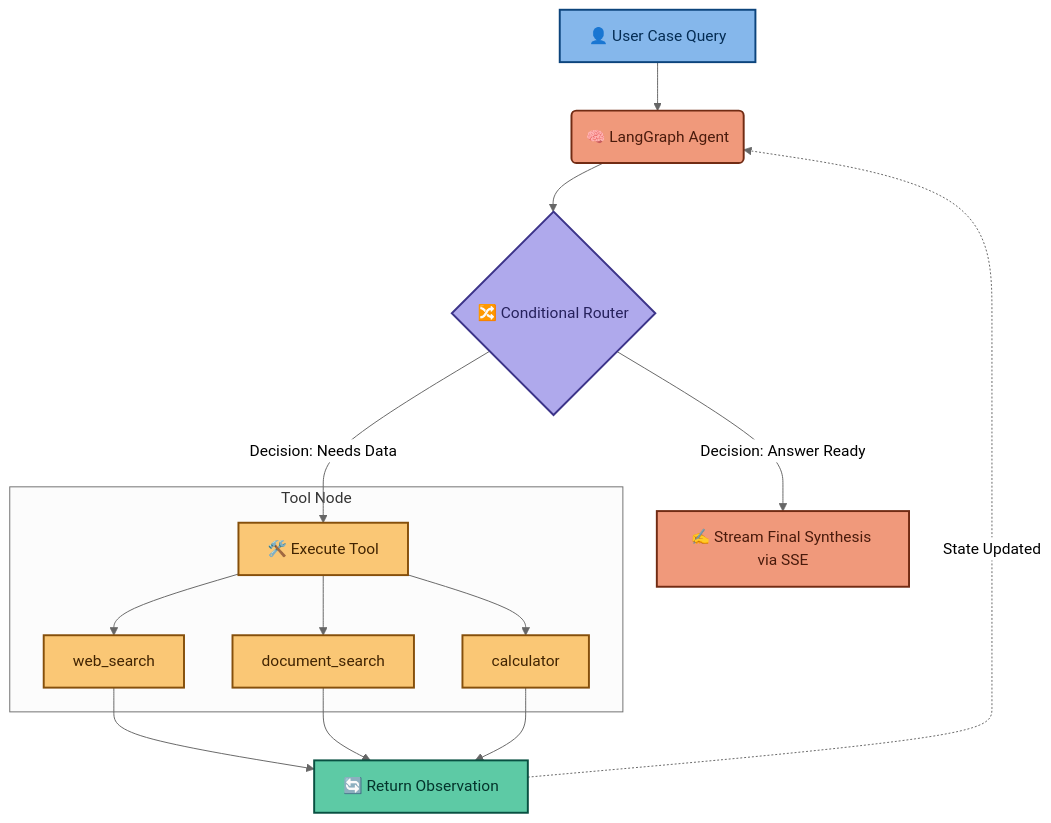
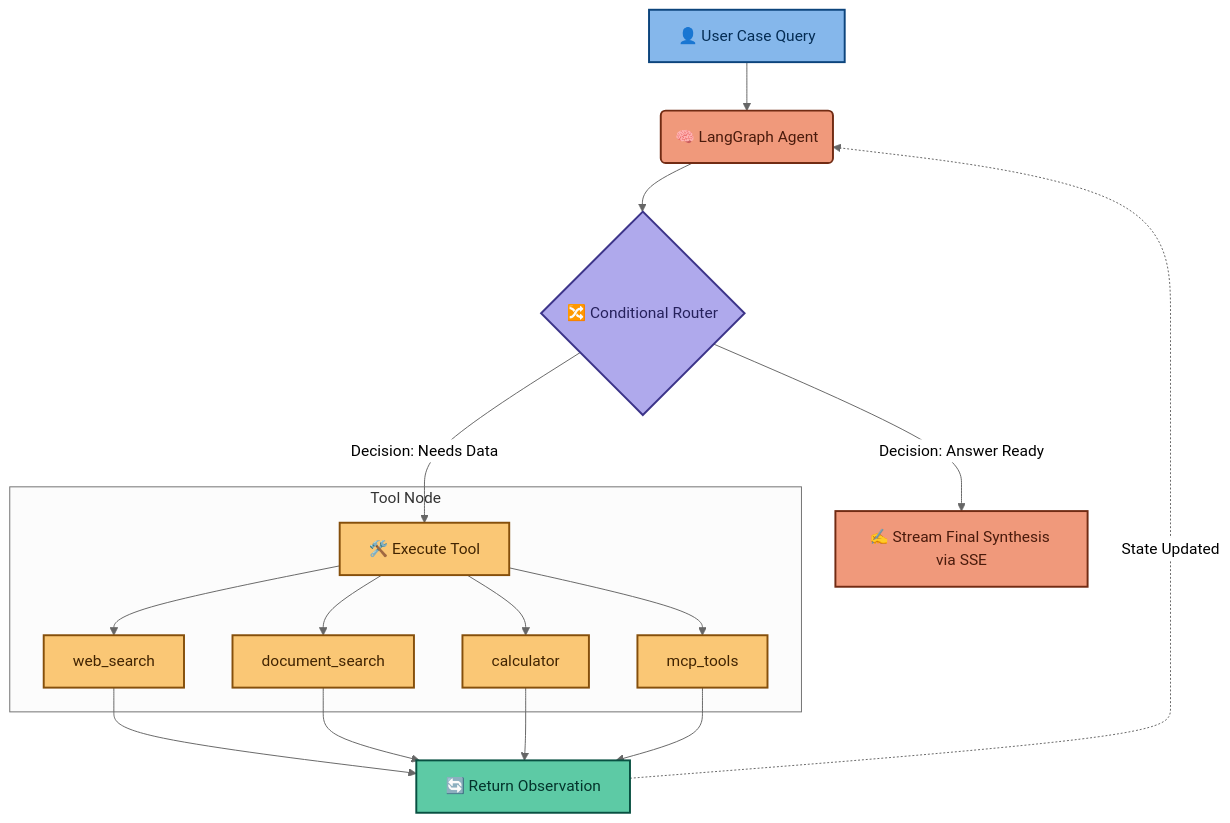
Before and after one commit to RAJ-ARYAN-NITK/bakerStreet221B.ai: the first of 2 diagrams in README.md, drawn with Mermaid (neutral theme). The commit also changed other lines of this file and 16 other files, not shown here.

Commit message:
integrate MCP server for police database and forensics evidence analysis into agent tools

````diff
--- a/README.md
+++ b/README.md
@@ -34,35 +34,37 @@
 ```mermaid
 graph TD
     A[👤 User Case Query] --> B(🧠 LangGraph Agent)
     
     B --> C{🔀 Conditional Router}
     
     C -->|Decision: Needs Data| D[🛠️ Execute Tool]
     
     subgraph Tool Node
         D --> E[web_search]
         D --> F[document_search]
         D --> G[calculator]
+        D --> J[mcp_tools]
     end
     
     E --> H[🔄 Return Observation]
     F --> H
     G --> H
+    J --> H
     
     H -.->|State Updated| B
     
     C -->|Decision: Answer Ready| I[✍️ Stream Final Synthesis via SSE]
 
     classDef userStyle fill:#85B7EB,stroke:#0C447C,color:#042C53,stroke-width:2px
     classDef agentStyle fill:#F0997B,stroke:#712B13,color:#4A1B0C,stroke-width:2px
     classDef routerStyle fill:#AFA9EC,stroke:#3C3489,color:#26215C,stroke-width:2px
     classDef toolStyle fill:#FAC775,stroke:#854F0B,color:#412402,stroke-width:2px
     classDef obsStyle fill:#5DCAA5,stroke:#085041,color:#04342C,stroke-width:2px
 
     class A userStyle
     class B agentStyle
     class C routerStyle
-    class D,E,F,G toolStyle
+    class D,E,F,G,J toolStyle
     class H obsStyle
     class I agentStyle
 ```
````
